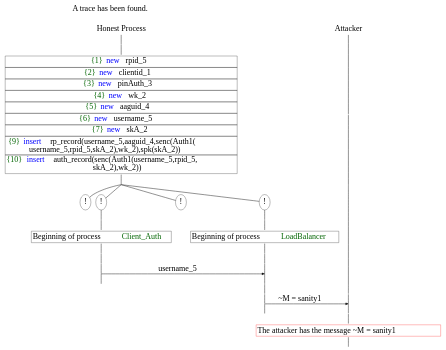
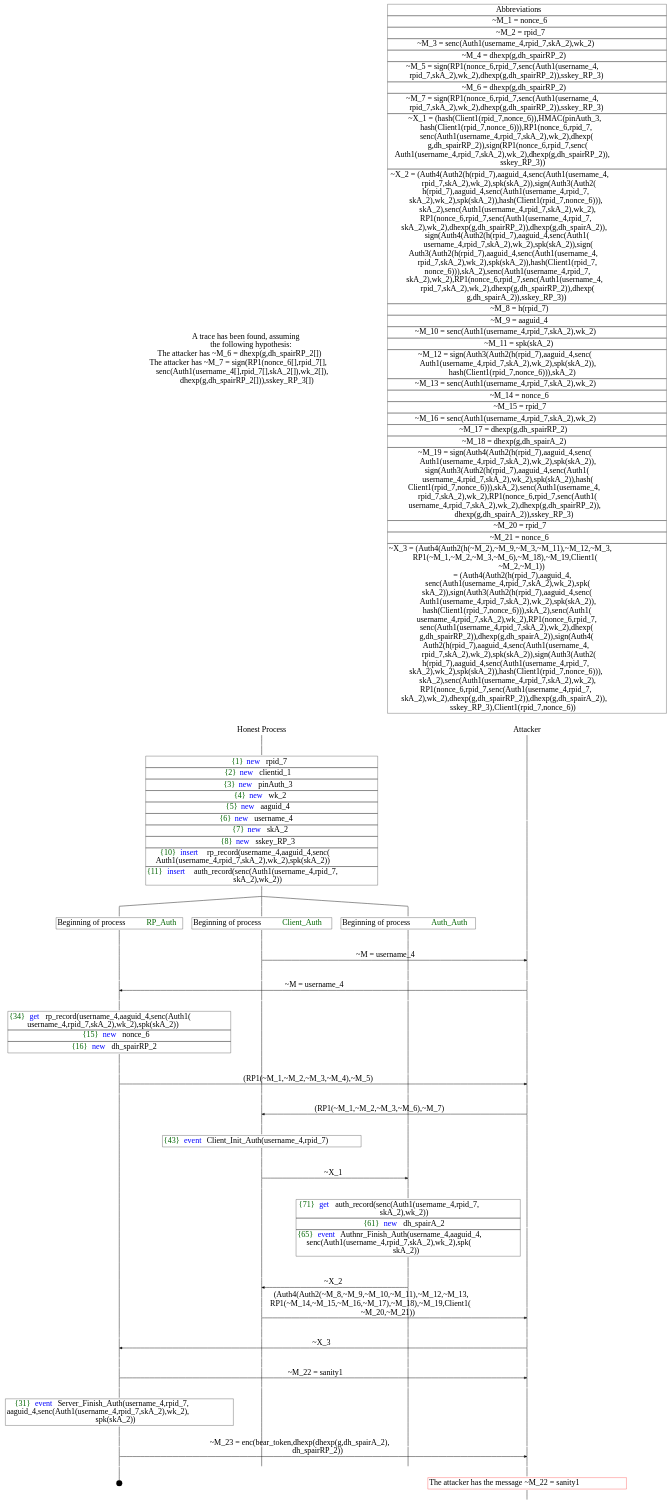
Before and after one commit to EkanshBhatnagar/FIDO2-Proverif: the diagram in results/trace1.dot, drawn with Graphviz. The commit also changed 7 other files, not shown here.

```diff
--- a/results/trace1.dot
+++ b/results/trace1.dot
@@ -2,65 +2,242 @@
 graph [ordering = out]
 edge [arrowhead = none, penwidth = 1.6, fontsize = 30]
 node [shape = point, width = 0, height = 0, fontsize = 30]
-Trace [label = <A trace has been found.<br/>
+Trace [label = <A trace has been found, assuming<br/>
+the following hypothesis:<br/>
+The attacker has ~M_6 = dhexp(g,dh_spairRP_2[])<br/>
+The attacker has ~M_7 = sign(RP1(nonce_6[],rpid_7[],<br/>
+senc(Auth1(username_4[],rpid_7[],skA_2[]),wk_2[]),<br/>
+dhexp(g,dh_spairRP_2[])),sskey_RP_3[])<br/>
 >, shape = plaintext]
 P0__0 [label = "Honest Process", shape = plaintext]
 P__0 [label = "Attacker", shape = plaintext]
 Trace -> P0__0 [label = "", style = invisible, weight = 100]{rank = same; P0__0 P__0}
 P0__0 -> P0__1 [label = <>, weight = 100]
 P0__1 -> P0__2 [label = <>, weight = 100]
-P0__2 [shape = plaintext, label = <<TABLE BORDER="0" CELLBORDER="1" CELLSPACING="0" CELLPADDING="4"> <TR><TD><FONT COLOR="darkgreen">{1}</FONT><FONT COLOR="blue">new </FONT>rpid_5</TD></TR><TR><TD><FONT COLOR="darkgreen">{2}</FONT><FONT COLOR="blue">new </FONT>clientid_1</TD></TR><TR><TD><FONT COLOR="darkgreen">{3}</FONT><FONT COLOR="blue">new </FONT>pinAuth_3</TD></TR><TR><TD><FONT COLOR="darkgreen">{4}</FONT><FONT COLOR="blue">new </FONT>wk_2</TD></TR><TR><TD><FONT COLOR="darkgreen">{5}</FONT><FONT COLOR="blue">new </FONT>aaguid_4</TD></TR><TR><TD><FONT COLOR="darkgreen">{6}</FONT><FONT COLOR="blue">new </FONT>username_5</TD></TR><TR><TD><FONT COLOR="darkgreen">{7}</FONT><FONT COLOR="blue">new </FONT>skA_2</TD></TR><TR><TD><FONT COLOR="darkgreen">{9}</FONT><FONT COLOR="blue">insert </FONT>rp_record(username_5,aaguid_4,senc(Auth1(<br/>
-username_5,rpid_5,skA_2),wk_2),spk(skA_2))</TD></TR><TR><TD><FONT COLOR="darkgreen">{10}</FONT><FONT COLOR="blue">insert </FONT>auth_record(senc(Auth1(username_5,rpid_5,<br/>
+P0__2 [shape = plaintext, label = <<TABLE BORDER="0" CELLBORDER="1" CELLSPACING="0" CELLPADDING="4"> <TR><TD><FONT COLOR="darkgreen">{1}</FONT><FONT COLOR="blue">new </FONT>rpid_7</TD></TR><TR><TD><FONT COLOR="darkgreen">{2}</FONT><FONT COLOR="blue">new </FONT>clientid_1</TD></TR><TR><TD><FONT COLOR="darkgreen">{3}</FONT><FONT COLOR="blue">new </FONT>pinAuth_3</TD></TR><TR><TD><FONT COLOR="darkgreen">{4}</FONT><FONT COLOR="blue">new </FONT>wk_2</TD></TR><TR><TD><FONT COLOR="darkgreen">{5}</FONT><FONT COLOR="blue">new </FONT>aaguid_4</TD></TR><TR><TD><FONT COLOR="darkgreen">{6}</FONT><FONT COLOR="blue">new </FONT>username_4</TD></TR><TR><TD><FONT COLOR="darkgreen">{7}</FONT><FONT COLOR="blue">new </FONT>skA_2</TD></TR><TR><TD><FONT COLOR="darkgreen">{8}</FONT><FONT COLOR="blue">new </FONT>sskey_RP_3</TD></TR><TR><TD><FONT COLOR="darkgreen">{10}</FONT><FONT COLOR="blue">insert </FONT>rp_record(username_4,aaguid_4,senc(<br/>
+Auth1(username_4,rpid_7,skA_2),wk_2),spk(skA_2))<br/>
+</TD></TR><TR><TD><FONT COLOR="darkgreen">{11}</FONT><FONT COLOR="blue">insert </FONT>auth_record(senc(Auth1(username_4,rpid_7,<br/>
 skA_2),wk_2))</TD></TR></TABLE>>]
 P0__2 -> P0__3 [label = <>, weight = 100]
 P__0 -> P__1 [label = <>, weight = 100]
 {rank = same; P__1 P0__2}
 /*RPar */
-P0__3 -> P0_3__3 [label = <>]
 P0__3 -> P0_2__3 [label = <>]
 P0__3 -> P0_1__3 [label = <>]
 P0__3 -> P0_0__3 [label = <>]
 P0__3 [label = "", fixedsize = false, width = 0, height = 0, shape = none]
-{rank = same; P0_0__3 P0_1__3 P0_2__3 P0_3__3}
-P0_0__3 [label = "!", shape = ellipse]
-P0_0_0__3 [label = "", fixedsize = false, width = 0, height = 0, shape = none]
-P0_0__3 -> P0_0_0__3 [label = <>, weight = 100]
-P0_0_0__3 -> P0_0_0__4 [label = <>, weight = 100]
-P0_0_0__4 [shape = plaintext, label = <<TABLE BORDER="0" CELLBORDER="1" CELLSPACING="0" CELLPADDING="4"> <TR><TD>Beginning of process <FONT COLOR="darkgreen">LoadBalancer</FONT></TD></TR></TABLE>>]
-P0_0_0__4 -> P0_0_0__5 [label = <>, weight = 100]
-P0_1__3 [label = "!", shape = ellipse]
-P0_2__3 [label = "!", shape = ellipse]
-P0_2_0__3 [label = "", fixedsize = false, width = 0, height = 0, shape = none]
-P0_2__3 -> P0_2_0__3 [label = <>, weight = 100]
-P0_2_0__3 -> P0_2_0__4 [label = <>, weight = 100]
-P0_2_0__4 [shape = plaintext, label = <<TABLE BORDER="0" CELLBORDER="1" CELLSPACING="0" CELLPADDING="4"> <TR><TD>Beginning of process <FONT COLOR="darkgreen">Client_Auth</FONT></TD></TR></TABLE>>]
-P0_2_0__4 -> P0_2_0__5 [label = <>, weight = 100]
-P0_3__3 [label = "!", shape = ellipse]
-P0_2_0__5 -> P0_2_0__6 [label = <>, weight = 100]
-P0_1__4 [label = "", style = invisible]
-P0_1__3 -> P0_1__4 [label = <>, weight = 100, style = invisible]
-P0_0_0__5 -> P0_0_0__6 [label = <>, weight = 100]
-{rank = same; P0_0_0__6 P0_1__4 P0_2_0__6}
-P0_2_0__6 -> P0_2_0__7 [label = <>, weight = 100]
-P0_0_0__6 -> P0_0_0__7 [label = <>, weight = 100]
-{rank = same; P0_0_0__7 P0_2_0__7}
-P0_2_0__7 -> P0_0_0__7 [label = <username_5>, arrowhead = normal]
-P0_2_0__7 -> P0_2_0__8 [label = <>, weight = 100]
-P0_1__5 [label = "", style = invisible]
-P0_1__4 -> P0_1__5 [label = <>, weight = 100, style = invisible]
-P0_0_0__7 -> P0_0_0__8 [label = <>, weight = 100]
-{rank = same; P0_0_0__8 P0_1__5 P0_2_0__8}
-P0_0_0__8 -> P0_0_0__9 [label = <>, weight = 100]
+{rank = same; P0_0__3 P0_1__3 P0_2__3}
+P0_0__3 -> P0_0__4 [label = <>, weight = 100]
+P0_0__4 [shape = plaintext, label = <<TABLE BORDER="0" CELLBORDER="1" CELLSPACING="0" CELLPADDING="4"> <TR><TD>Beginning of process <FONT COLOR="darkgreen">Auth_Auth</FONT></TD></TR></TABLE>>]
+P0_0__4 -> P0_0__5 [label = <>, weight = 100]
+P0_1__3 -> P0_1__4 [label = <>, weight = 100]
+P0_1__4 [shape = plaintext, label = <<TABLE BORDER="0" CELLBORDER="1" CELLSPACING="0" CELLPADDING="4"> <TR><TD>Beginning of process <FONT COLOR="darkgreen">Client_Auth</FONT></TD></TR></TABLE>>]
+P0_1__4 -> P0_1__5 [label = <>, weight = 100]
+P0_1__5 -> P0_1__6 [label = <>, weight = 100]
+P0_0__5 -> P0_0__6 [label = <>, weight = 100]
 P__1 -> P__2 [label = <>, weight = 100]
-{rank = same; P__2 P0_0_0__9}
-P0_0_0__9 -> P0_0_0__10 [label = <>, weight = 100]
+{rank = same; P__2 P0_0__6 P0_1__6}
+P0_1__6 -> P0_1__7 [label = <>, weight = 100]
 P__2 -> P__3 [label = <>, weight = 100]
-{rank = same; P__3 P0_0_0__10}
-P0_0_0__10 -> P__3 [label = <~M = sanity1>, arrowhead = normal]
-P0_0_0__10 -> P0_0_0__11 [label = <>, weight = 100]
+{rank = same; P__3 P0_1__7}
+P0_1__7 -> P__3 [label = <~M = username_4>, arrowhead = normal]
+P0_1__7 -> P0_1__8 [label = <>, weight = 100]
+P0_0__6 -> P0_0__7 [label = <>, weight = 100]
 P__3 -> P__4 [label = <>, weight = 100]
-{rank = same; P__4 P0_0_0__11}
+{rank = same; P__4 P0_0__7 P0_1__8}
+P0_2__3 -> P0_2__4 [label = <>, weight = 100]
+P0_2__4 [shape = plaintext, label = <<TABLE BORDER="0" CELLBORDER="1" CELLSPACING="0" CELLPADDING="4"> <TR><TD>Beginning of process <FONT COLOR="darkgreen">RP_Auth</FONT></TD></TR></TABLE>>]
+P0_2__4 -> P0_2__5 [label = <>, weight = 100]
+P0_2__5 -> P0_2__6 [label = <>, weight = 100]
+P0_1__8 -> P0_1__9 [label = <>, weight = 100]
+P0_0__7 -> P0_0__8 [label = <>, weight = 100]
 P__4 -> P__5 [label = <>, weight = 100]
-P__5 [color = red, shape = plaintext, label = <<TABLE BORDER="0" CELLBORDER="1" CELLSPACING="0" CELLPADDING="4"> <TR><TD>The attacker has the message ~M = sanity1</TD></TR></TABLE>>]
+{rank = same; P__5 P0_0__8 P0_1__9 P0_2__6}
+P0_2__6 -> P0_2__7 [label = <>, weight = 100]
 P__5 -> P__6 [label = <>, weight = 100]
-}
+{rank = same; P__6 P0_2__7}
+P0_2__7 -> P__6 [label = <~M = username_4>, dir = back, arrowhead = normal]
+P0_2__7 -> P0_2__8 [label = <>, weight = 100]
+P0_1__9 -> P0_1__10 [label = <>, weight = 100]
+P0_0__8 -> P0_0__9 [label = <>, weight = 100]
+P__6 -> P__7 [label = <>, weight = 100]
+{rank = same; P__7 P0_0__9 P0_1__10 P0_2__8}
+P0_2__8 -> P0_2__9 [label = <>, weight = 100]
+P0_2__9 [shape = plaintext, label = <<TABLE BORDER="0" CELLBORDER="1" CELLSPACING="0" CELLPADDING="4"> <TR><TD><FONT COLOR="darkgreen">{34}</FONT><FONT COLOR="blue">get </FONT>rp_record(username_4,aaguid_4,senc(Auth1(<br/>
+username_4,rpid_7,skA_2),wk_2),spk(skA_2))</TD></TR><TR><TD><FONT COLOR="darkgreen">{15}</FONT><FONT COLOR="blue">new </FONT>nonce_6</TD></TR><TR><TD><FONT COLOR="darkgreen">{16}</FONT><FONT COLOR="blue">new </FONT>dh_spairRP_2</TD></TR></TABLE>>]
+P0_2__9 -> P0_2__10 [label = <>, weight = 100]
+P__7 -> P__8 [label = <>, weight = 100]
+{rank = same; P__8 P0_2__9}
+P0_2__10 -> P0_2__11 [label = <>, weight = 100]
+P0_1__10 -> P0_1__11 [label = <>, weight = 100]
+P0_0__9 -> P0_0__10 [label = <>, weight = 100]
+P__8 -> P__9 [label = <>, weight = 100]
+{rank = same; P__9 P0_0__10 P0_1__11 P0_2__11}
+P0_2__11 -> P0_2__12 [label = <>, weight = 100]
+P__9 -> P__10 [label = <>, weight = 100]
+{rank = same; P__10 P0_2__12}
+P0_2__12 -> P__10 [label = <(RP1(~M_1,~M_2,~M_3,~M_4),~M_5)>, arrowhead = normal]
+P0_2__12 -> P0_2__13 [label = <>, weight = 100]
+P0_1__11 -> P0_1__12 [label = <>, weight = 100]
+P0_0__10 -> P0_0__11 [label = <>, weight = 100]
+P__10 -> P__11 [label = <>, weight = 100]
+{rank = same; P__11 P0_0__11 P0_1__12 P0_2__13}
+P0_1__12 -> P0_1__13 [label = <>, weight = 100]
+P0_0__11 -> P0_0__12 [label = <>, weight = 100]
+P__11 -> P__12 [label = <>, weight = 100]
+{rank = same; P__12 P0_0__12 P0_1__13}
+P0_1__13 -> P0_1__14 [label = <>, weight = 100]
+P__12 -> P__13 [label = <>, weight = 100]
+{rank = same; P__13 P0_1__14}
+P0_1__14 -> P__13 [label = <(RP1(~M_1,~M_2,~M_3,~M_6),~M_7)>, dir = back, arrowhead = normal]
+P0_1__14 -> P0_1__15 [label = <>, weight = 100]
+P0_0__12 -> P0_0__13 [label = <>, weight = 100]
+P__13 -> P__14 [label = <>, weight = 100]
+{rank = same; P__14 P0_0__13 P0_1__15}
+P0_1__15 -> P0_1__16 [label = <>, weight = 100]
+P0_1__16 [shape = plaintext, label = <<TABLE BORDER="0" CELLBORDER="1" CELLSPACING="0" CELLPADDING="4"> <TR><TD><FONT COLOR="darkgreen">{43}</FONT><FONT COLOR="blue">event</FONT> Client_Init_Auth(username_4,rpid_7)</TD></TR></TABLE>>]
+P0_1__16 -> P0_1__17 [label = <>, weight = 100]
+P0_1__17 -> P0_1__18 [label = <>, weight = 100]
+P0_0__13 -> P0_0__14 [label = <>, weight = 100]
+{rank = same; P0_0__14 P0_1__18}
+P0_1__18 -> P0_1__19 [label = <>, weight = 100]
+P0_0__14 -> P0_0__15 [label = <>, weight = 100]
+{rank = same; P0_0__15 P0_1__19}
+P0_1__19 -> P0_0__15 [label = <~X_1>, arrowhead = normal]
+P0_1__19 -> P0_1__20 [label = <>, weight = 100]
+P0_0__15 -> P0_0__16 [label = <>, weight = 100]
+{rank = same; P0_0__16 P0_1__20}
+P0_0__16 -> P0_0__17 [label = <>, weight = 100]
+P0_0__17 [shape = plaintext, label = <<TABLE BORDER="0" CELLBORDER="1" CELLSPACING="0" CELLPADDING="4"> <TR><TD><FONT COLOR="darkgreen">{71}</FONT><FONT COLOR="blue">get </FONT>auth_record(senc(Auth1(username_4,rpid_7,<br/>
+skA_2),wk_2))</TD></TR><TR><TD><FONT COLOR="darkgreen">{61}</FONT><FONT COLOR="blue">new </FONT>dh_spairA_2</TD></TR><TR><TD><FONT COLOR="darkgreen">{65}</FONT><FONT COLOR="blue">event</FONT> Authnr_Finish_Auth(username_4,aaguid_4,<br/>
+senc(Auth1(username_4,rpid_7,skA_2),wk_2),spk(<br/>
+skA_2))</TD></TR></TABLE>>]
+P0_0__17 -> P0_0__18 [label = <>, weight = 100]
+P__14 -> P__15 [label = <>, weight = 100]
+{rank = same; P__15 P0_0__17}
+P0_1__20 -> P0_1__21 [label = <>, weight = 100]
+P0_0__18 -> P0_0__19 [label = <>, weight = 100]
+{rank = same; P0_0__19 P0_1__21}
+P0_1__21 -> P0_1__22 [label = <>, weight = 100]
+P0_0__19 -> P0_0__20 [label = <>, weight = 100]
+{rank = same; P0_0__20 P0_1__22}
+P0_1__22 -> P0_0__20 [label = <~X_2>, dir = back, arrowhead = normal]
+P0_1__22 -> P0_1__23 [label = <>, weight = 100]
+P0_0__20 -> P0_0__21 [label = <>, weight = 100]
+{rank = same; P0_0__21 P0_1__23}
+P0_1__23 -> P0_1__24 [label = <>, weight = 100]
+P0_0__21 -> P0_0__22 [label = <>, weight = 100]
+P__15 -> P__16 [label = <>, weight = 100]
+{rank = same; P__16 P0_0__22 P0_1__24}
+P0_1__24 -> P0_1__25 [label = <>, weight = 100]
+P__16 -> P__17 [label = <>, weight = 100]
+{rank = same; P__17 P0_1__25}
+P0_1__25 -> P__17 [label = <(Auth4(Auth2(~M_8,~M_9,~M_10,~M_11),~M_12,~M_13,<br/>
+RP1(~M_14,~M_15,~M_16,~M_17),~M_18),~M_19,Client1(<br/>
+~M_20,~M_21))>, arrowhead = normal]
+P0_1__25 -> P0_1__26 [label = <>, weight = 100]
+P0_0__22 -> P0_0__23 [label = <>, weight = 100]
+P__17 -> P__18 [label = <>, weight = 100]
+{rank = same; P__18 P0_0__23 P0_1__26}
+P0_2__13 -> P0_2__14 [label = <>, weight = 100]
+P0_1__26 -> P0_1__27 [label = <>, weight = 100]
+P0_0__23 -> P0_0__24 [label = <>, weight = 100]
+P__18 -> P__19 [label = <>, weight = 100]
+{rank = same; P__19 P0_0__24 P0_1__27 P0_2__14}
+P0_2__14 -> P0_2__15 [label = <>, weight = 100]
+P__19 -> P__20 [label = <>, weight = 100]
+{rank = same; P__20 P0_2__15}
+P0_2__15 -> P__20 [label = <~X_3>, dir = back, arrowhead = normal]
+P0_2__15 -> P0_2__16 [label = <>, weight = 100]
+P0_1__27 -> P0_1__28 [label = <>, weight = 100]
+P0_0__24 -> P0_0__25 [label = <>, weight = 100]
+P__20 -> P__21 [label = <>, weight = 100]
+{rank = same; P__21 P0_0__25 P0_1__28 P0_2__16}
+P0_2__16 -> P0_2__17 [label = <>, weight = 100]
+P0_1__28 -> P0_1__29 [label = <>, weight = 100]
+P0_0__25 -> P0_0__26 [label = <>, weight = 100]
+P__21 -> P__22 [label = <>, weight = 100]
+{rank = same; P__22 P0_0__26 P0_1__29 P0_2__17}
+P0_2__17 -> P0_2__18 [label = <>, weight = 100]
+P__22 -> P__23 [label = <>, weight = 100]
+{rank = same; P__23 P0_2__18}
+P0_2__18 -> P__23 [label = <~M_22 = sanity1>, arrowhead = normal]
+P0_2__18 -> P0_2__19 [label = <>, weight = 100]
+P0_1__29 -> P0_1__30 [label = <>, weight = 100]
+P0_0__26 -> P0_0__27 [label = <>, weight = 100]
+P__23 -> P__24 [label = <>, weight = 100]
+{rank = same; P__24 P0_0__27 P0_1__30 P0_2__19}
+P0_2__19 -> P0_2__20 [label = <>, weight = 100]
+P0_2__20 [shape = plaintext, label = <<TABLE BORDER="0" CELLBORDER="1" CELLSPACING="0" CELLPADDING="4"> <TR><TD><FONT COLOR="darkgreen">{31}</FONT><FONT COLOR="blue">event</FONT> Server_Finish_Auth(username_4,rpid_7,<br/>
+aaguid_4,senc(Auth1(username_4,rpid_7,skA_2),wk_2),<br/>
+spk(skA_2))</TD></TR></TABLE>>]
+P0_2__20 -> P0_2__21 [label = <>, weight = 100]
+P0_2__21 -> P0_2__22 [label = <>, weight = 100]
+P0_1__30 -> P0_1__31 [label = <>, weight = 100]
+P0_0__27 -> P0_0__28 [label = <>, weight = 100]
+P__24 -> P__25 [label = <>, weight = 100]
+{rank = same; P__25 P0_0__28 P0_1__31 P0_2__22}
+P0_2__22 -> P0_2__23 [label = <>, weight = 100]
+P__25 -> P__26 [label = <>, weight = 100]
+{rank = same; P__26 P0_2__23}
+P0_2__23 -> P__26 [label = <~M_23 = enc(bear_token,dhexp(dhexp(g,dh_spairA_2),<br/>
+dh_spairRP_2))>, arrowhead = normal]
+P0_2__23 -> P0_2__24 [label = <>, weight = 100]
+P0_1__31 -> P0_1__32 [label = <>, weight = 100]
+P0_0__28 -> P0_0__29 [label = <>, weight = 100]
+P__26 -> P__27 [label = <>, weight = 100]
+{rank = same; P__27 P0_0__29 P0_1__32 P0_2__24}
+P0_2__25 [label = "", width = 0.3, height = 0.3]
+P0_2__24 -> P0_2__25 [label = <>, weight = 100]
+P__27 -> P__28 [label = <>, weight = 100]
+P__28 [color = red, shape = plaintext, label = <<TABLE BORDER="0" CELLBORDER="1" CELLSPACING="0" CELLPADDING="4"> <TR><TD>The attacker has the message ~M_22 = sanity1</TD></TR></TABLE>>]
+P__28 -> P__29 [label = <>, weight = 100]
+Abbrev [shape = plaintext, label = <<TABLE BORDER="0" CELLBORDER="1" CELLSPACING="0" CELLPADDING="4"><TR> <TD> Abbreviations </TD></TR><TR><TD>~M_1 = nonce_6</TD></TR><TR><TD>~M_2 = rpid_7</TD></TR><TR><TD>~M_3 = senc(Auth1(username_4,rpid_7,skA_2),wk_2)</TD></TR><TR><TD>~M_4 = dhexp(g,dh_spairRP_2)</TD></TR><TR><TD>~M_5 = sign(RP1(nonce_6,rpid_7,senc(Auth1(username_4,<br/>
+rpid_7,skA_2),wk_2),dhexp(g,dh_spairRP_2)),sskey_RP_3)</TD></TR><TR><TD>~M_6 = dhexp(g,dh_spairRP_2)</TD></TR><TR><TD>~M_7 = sign(RP1(nonce_6,rpid_7,senc(Auth1(username_4,<br/>
+rpid_7,skA_2),wk_2),dhexp(g,dh_spairRP_2)),sskey_RP_3)</TD></TR><TR><TD>~X_1 = (hash(Client1(rpid_7,nonce_6)),HMAC(pinAuth_3,<br/>
+hash(Client1(rpid_7,nonce_6))),RP1(nonce_6,rpid_7,<br/>
+senc(Auth1(username_4,rpid_7,skA_2),wk_2),dhexp(<br/>
+g,dh_spairRP_2)),sign(RP1(nonce_6,rpid_7,senc(<br/>
+Auth1(username_4,rpid_7,skA_2),wk_2),dhexp(g,dh_spairRP_2)),<br/>
+sskey_RP_3))</TD></TR><TR><TD>~X_2 = (Auth4(Auth2(h(rpid_7),aaguid_4,senc(Auth1(username_4,<br/>
+rpid_7,skA_2),wk_2),spk(skA_2)),sign(Auth3(Auth2(<br/>
+h(rpid_7),aaguid_4,senc(Auth1(username_4,rpid_7,<br/>
+skA_2),wk_2),spk(skA_2)),hash(Client1(rpid_7,nonce_6))),<br/>
+skA_2),senc(Auth1(username_4,rpid_7,skA_2),wk_2),<br/>
+RP1(nonce_6,rpid_7,senc(Auth1(username_4,rpid_7,<br/>
+skA_2),wk_2),dhexp(g,dh_spairRP_2)),dhexp(g,dh_spairA_2)),<br/>
+sign(Auth4(Auth2(h(rpid_7),aaguid_4,senc(Auth1(<br/>
+username_4,rpid_7,skA_2),wk_2),spk(skA_2)),sign(<br/>
+Auth3(Auth2(h(rpid_7),aaguid_4,senc(Auth1(username_4,<br/>
+rpid_7,skA_2),wk_2),spk(skA_2)),hash(Client1(rpid_7,<br/>
+nonce_6))),skA_2),senc(Auth1(username_4,rpid_7,<br/>
+skA_2),wk_2),RP1(nonce_6,rpid_7,senc(Auth1(username_4,<br/>
+rpid_7,skA_2),wk_2),dhexp(g,dh_spairRP_2)),dhexp(<br/>
+g,dh_spairA_2)),sskey_RP_3))</TD></TR><TR><TD>~M_8 = h(rpid_7)</TD></TR><TR><TD>~M_9 = aaguid_4</TD></TR><TR><TD>~M_10 = senc(Auth1(username_4,rpid_7,skA_2),wk_2)</TD></TR><TR><TD>~M_11 = spk(skA_2)</TD></TR><TR><TD>~M_12 = sign(Auth3(Auth2(h(rpid_7),aaguid_4,senc(<br/>
+Auth1(username_4,rpid_7,skA_2),wk_2),spk(skA_2)),<br/>
+hash(Client1(rpid_7,nonce_6))),skA_2)</TD></TR><TR><TD>~M_13 = senc(Auth1(username_4,rpid_7,skA_2),wk_2)</TD></TR><TR><TD>~M_14 = nonce_6</TD></TR><TR><TD>~M_15 = rpid_7</TD></TR><TR><TD>~M_16 = senc(Auth1(username_4,rpid_7,skA_2),wk_2)</TD></TR><TR><TD>~M_17 = dhexp(g,dh_spairRP_2)</TD></TR><TR><TD>~M_18 = dhexp(g,dh_spairA_2)</TD></TR><TR><TD>~M_19 = sign(Auth4(Auth2(h(rpid_7),aaguid_4,senc(<br/>
+Auth1(username_4,rpid_7,skA_2),wk_2),spk(skA_2)),<br/>
+sign(Auth3(Auth2(h(rpid_7),aaguid_4,senc(Auth1(<br/>
+username_4,rpid_7,skA_2),wk_2),spk(skA_2)),hash(<br/>
+Client1(rpid_7,nonce_6))),skA_2),senc(Auth1(username_4,<br/>
+rpid_7,skA_2),wk_2),RP1(nonce_6,rpid_7,senc(Auth1(<br/>
+username_4,rpid_7,skA_2),wk_2),dhexp(g,dh_spairRP_2)),<br/>
+dhexp(g,dh_spairA_2)),sskey_RP_3)</TD></TR><TR><TD>~M_20 = rpid_7</TD></TR><TR><TD>~M_21 = nonce_6</TD></TR><TR><TD>~X_3 = (Auth4(Auth2(h(~M_2),~M_9,~M_3,~M_11),~M_12,~M_3,<br/>
+RP1(~M_1,~M_2,~M_3,~M_6),~M_18),~M_19,Client1(<br/>
+~M_2,~M_1))<br/>
+= (Auth4(Auth2(h(rpid_7),aaguid_4,<br/>
+senc(Auth1(username_4,rpid_7,skA_2),wk_2),spk(<br/>
+skA_2)),sign(Auth3(Auth2(h(rpid_7),aaguid_4,senc(<br/>
+Auth1(username_4,rpid_7,skA_2),wk_2),spk(skA_2)),<br/>
+hash(Client1(rpid_7,nonce_6))),skA_2),senc(Auth1(<br/>
+username_4,rpid_7,skA_2),wk_2),RP1(nonce_6,rpid_7,<br/>
+senc(Auth1(username_4,rpid_7,skA_2),wk_2),dhexp(<br/>
+g,dh_spairRP_2)),dhexp(g,dh_spairA_2)),sign(Auth4(<br/>
+Auth2(h(rpid_7),aaguid_4,senc(Auth1(username_4,<br/>
+rpid_7,skA_2),wk_2),spk(skA_2)),sign(Auth3(Auth2(<br/>
+h(rpid_7),aaguid_4,senc(Auth1(username_4,rpid_7,<br/>
+skA_2),wk_2),spk(skA_2)),hash(Client1(rpid_7,nonce_6))),<br/>
+skA_2),senc(Auth1(username_4,rpid_7,skA_2),wk_2),<br/>
+RP1(nonce_6,rpid_7,senc(Auth1(username_4,rpid_7,<br/>
+skA_2),wk_2),dhexp(g,dh_spairRP_2)),dhexp(g,dh_spairA_2)),<br/>
+sskey_RP_3),Client1(rpid_7,nonce_6))</TD></TR></TABLE>>]Abbrev -> P__0 [style = invisible, weight =100]}
```
